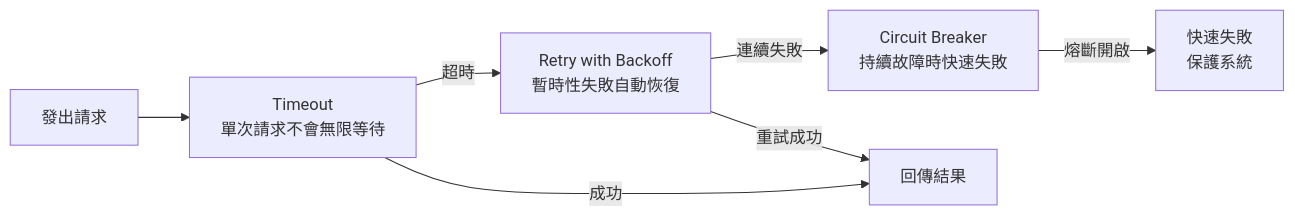
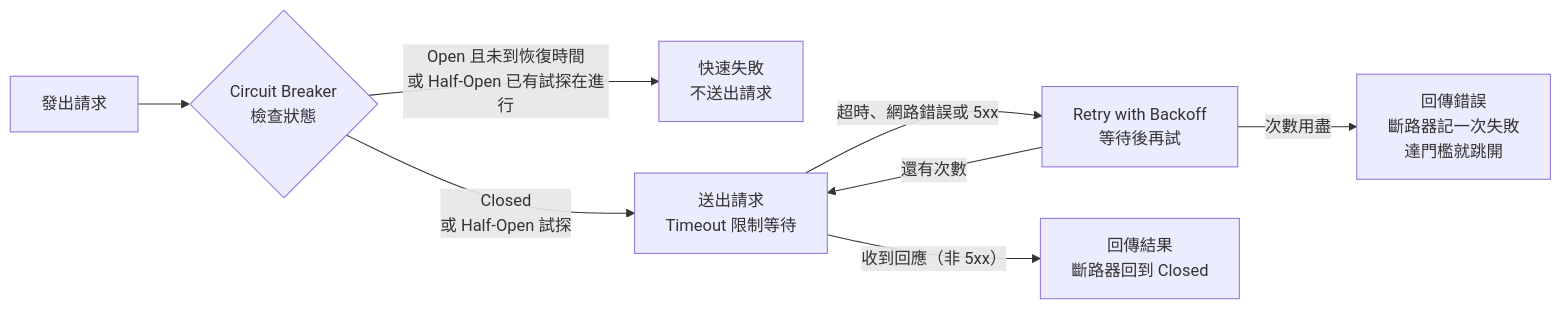
One commit to happyloa/personal-blog changed the diagram in src/content/posts/api-resilience-patterns.md. Above: the diagram before and after it, drawn with Mermaid. The commit also changed other lines of this file and 25 other files, not shown here.

````diff
--- a/src/content/posts/api-resilience-patterns.md
+++ b/src/content/posts/api-resilience-patterns.md
@@ -234,9 +239,10 @@
 ```mermaid
 flowchart LR
-    A["發出請求"] --> B["Timeout<br/>單次請求不會無限等待"]
-    B -->|"超時"| C["Retry with Backoff<br/>暫時性失敗自動恢復"]
-    C -->|"連續失敗"| D["Circuit Breaker<br/>持續故障時快速失敗"]
-    B -->|"成功"| E["回傳結果"]
-    C -->|"重試成功"| E
-    D -->|"熔斷開啟"| F["快速失敗<br/>保護系統"]
+    A["發出請求"] --> D{"Circuit Breaker<br/>檢查狀態"}
+    D -->|"Open 且未到恢復時間<br/>或 Half-Open 已有試探在進行"| F["快速失敗<br/>不送出請求"]
+    D -->|"Closed<br/>或 Half-Open 試探"| B["送出請求<br/>Timeout 限制等待"]
+    B -->|"超時、網路錯誤或 5xx"| C["Retry with Backoff<br/>等待後再試"]
+    C -->|"還有次數"| B
+    C -->|"次數用盡"| G["回傳錯誤<br/>斷路器記一次失敗<br/>達門檻就跳開"]
+    B -->|"收到回應（非 5xx）"| E["回傳結果<br/>斷路器回到 Closed"]
 ```
````
